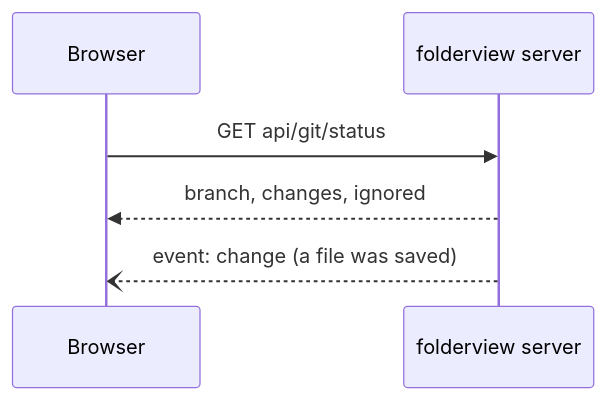
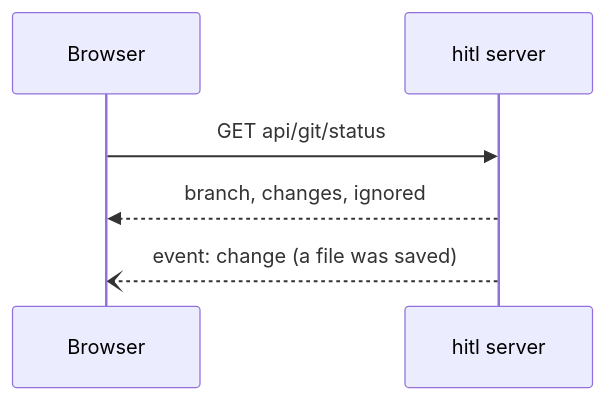
The second of 2 diagrams in docs/examples/markdown.md (ClickerMonkey/hitloop), drawn with Mermaid before and after one commit. The commit also changed other lines of this file and 46 other files, not shown here.

````diff
--- a/docs/examples/markdown.md
+++ b/docs/examples/markdown.md
@@ -24,8 +24,8 @@
 ```mermaid
 sequenceDiagram
   participant B as Browser
-  participant S as folderview server
+  participant S as hitl server
   B->>S: GET api/git/status
   S-->>B: branch, changes, ignored
   S--)B: event: change (a file was saved)
 ```
````
